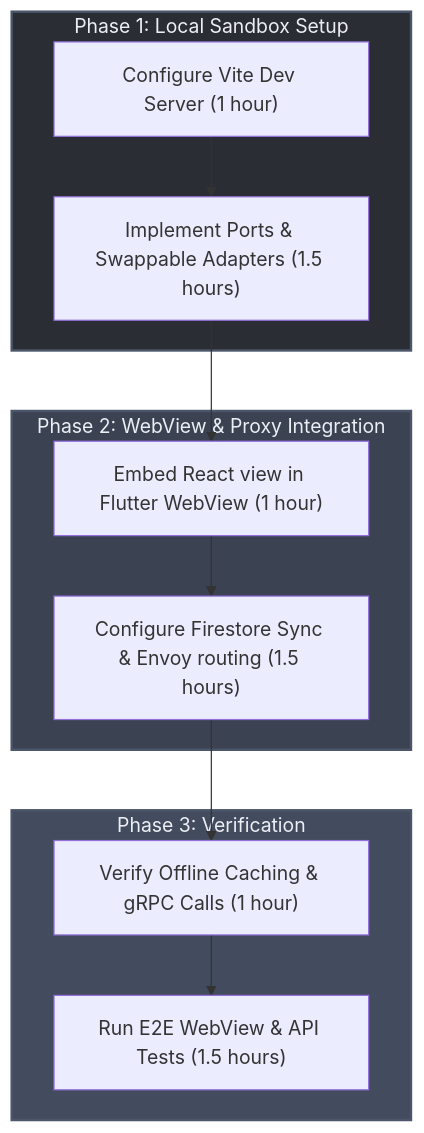
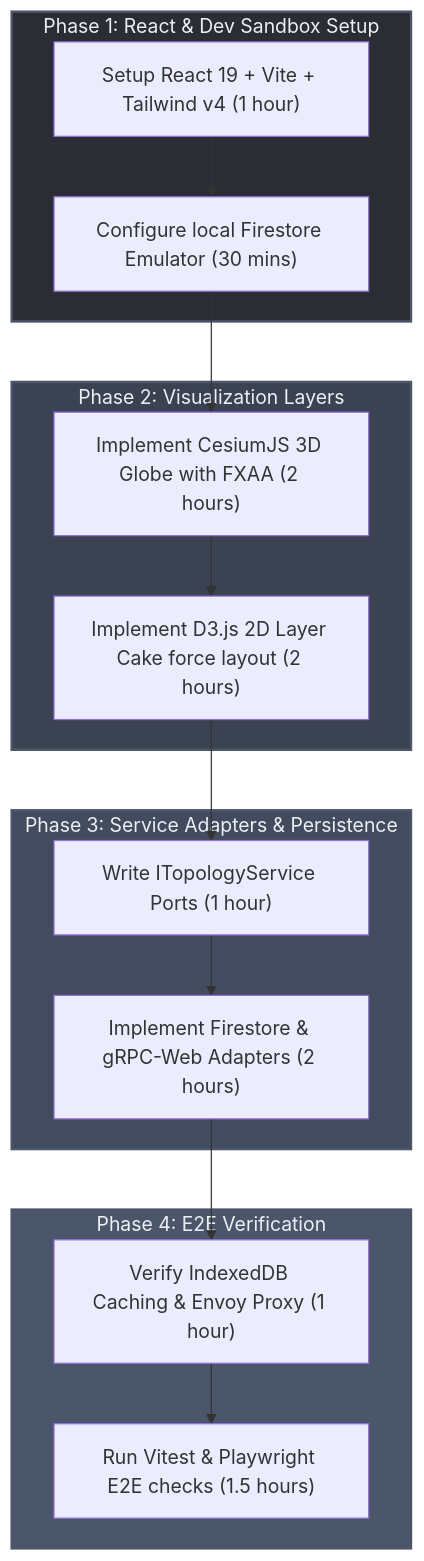
One commit to gintatkinson/digital-pipeline-repo changed the second of 2 diagrams in docs/decisions/react_firestore_deployment_blueprint.md. Above: the diagram before and after it, drawn with Mermaid. The commit also changed other lines of this file and 2 other files, not shown here.

Commit message:
docs: redesign deployment blueprint and profile for Option A (React Web-Centric Single Stack)

````diff
--- a/docs/decisions/react_firestore_deployment_blueprint.md
+++ b/docs/decisions/react_firestore_deployment_blueprint.md
@@ -219,16 +147,20 @@
 ```mermaid
 flowchart TD
-    subgraph P1 ["Phase 1: Local Sandbox Setup"]
-        p1_1["Configure Vite Dev Server (1 hour)"] --> p1_2["Implement Ports & Swappable Adapters (1.5 hours)"]
+    subgraph P1 ["Phase 1: React & Dev Sandbox Setup"]
+        p1_1["Setup React 19 + Vite + Tailwind v4 (1 hour)"] --> p1_2["Configure local Firestore Emulator (30 mins)"]
     end
-    subgraph P2 ["Phase 2: WebView & Proxy Integration"]
-        p1_2 --> p2_1["Embed React view in Flutter WebView (1 hour)"] --> p2_2["Configure Firestore Sync & Envoy routing (1.5 hours)"]
+    subgraph P2 ["Phase 2: Visualization Layers"]
+        p1_2 --> p2_1["Implement CesiumJS 3D Globe with FXAA (2 hours)"] --> p2_2["Implement D3.js 2D Layer Cake force layout (2 hours)"]
     end
-    subgraph P3 ["Phase 3: Verification"]
-        p2_2 --> p3_1["Verify Offline Caching & gRPC Calls (1 hour)"] --> p3_2["Run E2E WebView & API Tests (1.5 hours)"]
+    subgraph P3 ["Phase 3: Service Adapters & Persistence"]
+        p2_2 --> p3_1["Write ITopologyService Ports (1 hour)"] --> p3_2["Implement Firestore & gRPC-Web Adapters (2 hours)"]
+    end
+    subgraph P4 ["Phase 4: E2E Verification"]
+        p3_2 --> p4_1["Verify IndexedDB Caching & Envoy Proxy (1 hour)"] --> p4_2["Run Vitest & Playwright E2E checks (1.5 hours)"]
     end
     
     style P1 fill:#2A2D34,stroke:#4C566A,stroke-width:2px,color:#ECEFF4
     style P2 fill:#3B4252,stroke:#4C566A,stroke-width:2px,color:#ECEFF4
     style P3 fill:#434C5E,stroke:#4C566A,stroke-width:2px,color:#ECEFF4
+    style P4 fill:#4C566A,stroke:#4C566A,stroke-width:2px,color:#ECEFF4
 ```
````
